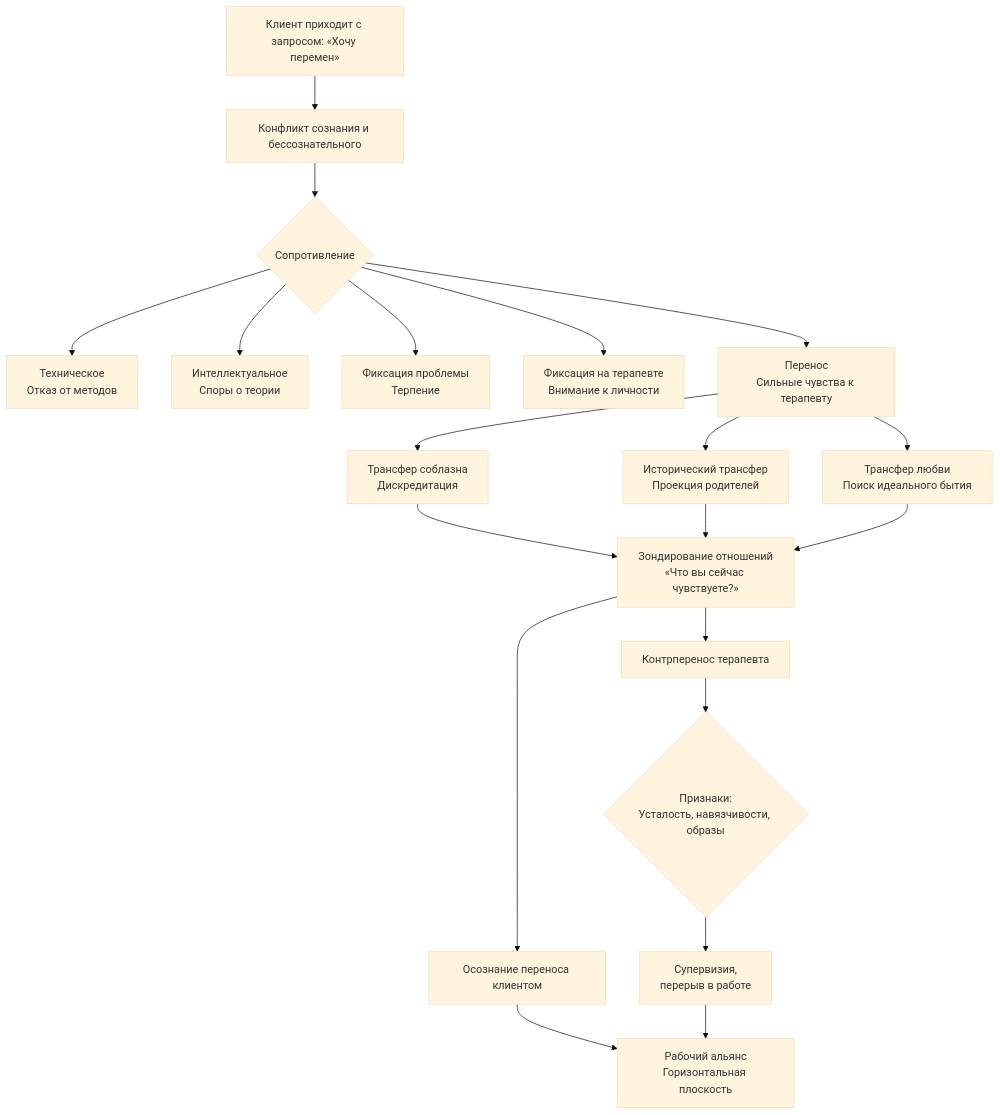
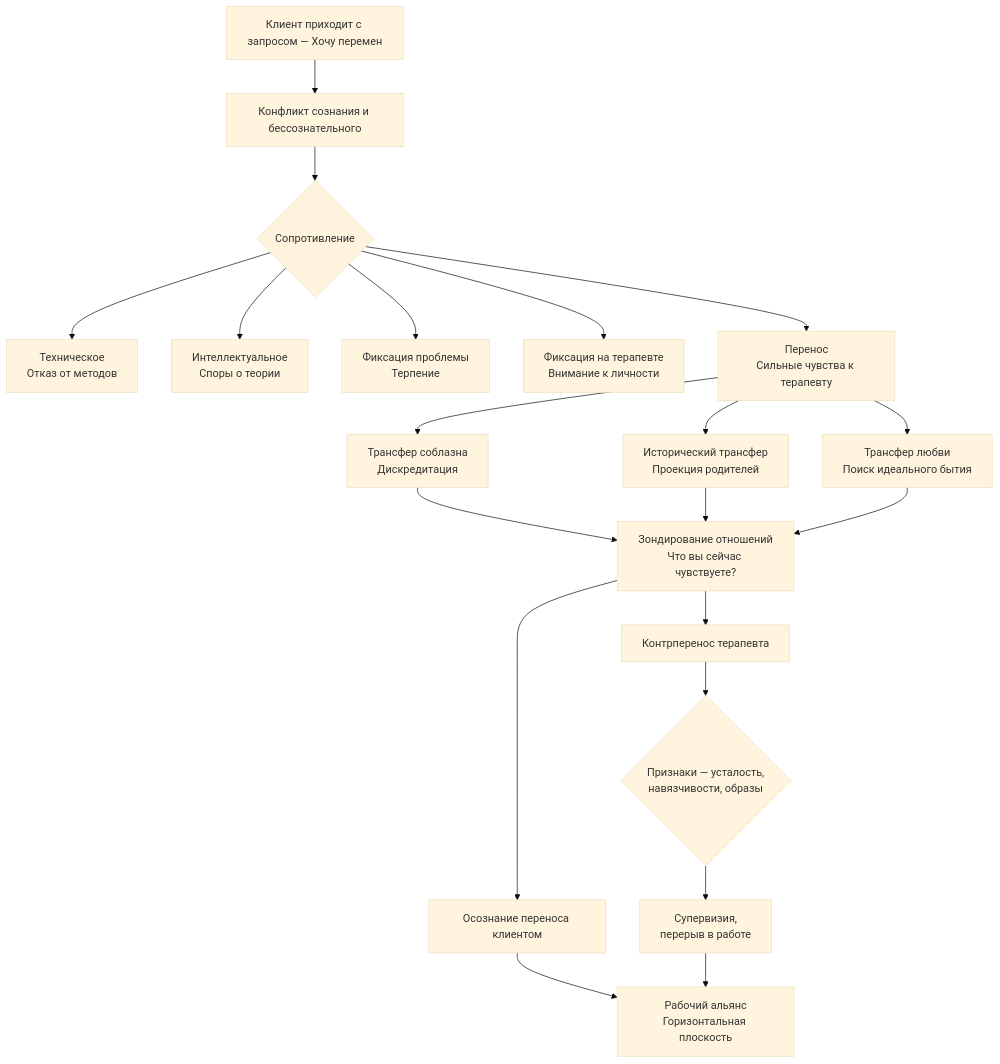
Before and after one commit to becasualle/vimutti: the diagram in content/articles/psychology/psihologicheskoe-konsultirovanie/dinamicheskie-processy-v-konsultirovanii.mdx, drawn with Mermaid (base theme). The commit also changed 6 other files, not shown here.

Commit message:
fixed mermaid issues and added zoom and pane

````diff
--- a/content/articles/psychology/psihologicheskoe-konsultirovanie/dinamicheskie-processy-v-konsultirovanii.mdx
+++ b/content/articles/psychology/psihologicheskoe-konsultirovanie/dinamicheskie-processy-v-konsultirovanii.mdx
@@ -143,24 +143,24 @@
 ```mermaid
 flowchart TD
-    A[Клиент приходит с запросом: «Хочу перемен»] --> B[Конфликт сознания и бессознательного]
+    A["Клиент приходит с запросом — Хочу перемен"] --> B["Конфликт сознания и бессознательного"]
     B --> C{Сопротивление}
 
-    C --> D[Техническое<br>Отказ от методов]
-    C --> E[Интеллектуальное<br>Споры о теории]
-    C --> F[Фиксация проблемы<br>Терпение]
-    C --> G[Фиксация на терапевте<br>Внимание к личности]
-    C --> H[Перенос<br>Сильные чувства к терапевту]
+    C --> D["Техническое<br/>Отказ от методов"]
+    C --> E["Интеллектуальное<br/>Споры о теории"]
+    C --> F["Фиксация проблемы<br/>Терпение"]
+    C --> G["Фиксация на терапевте<br/>Внимание к личности"]
+    C --> H["Перенос<br/>Сильные чувства к терапевту"]
 
-    H --> I[Трансфер соблазна<br>Дискредитация]
-    H --> J[Исторический трансфер<br>Проекция родителей]
-    H --> K[Трансфер любви<br>Поиск идеального бытия]
+    H --> I["Трансфер соблазна<br/>Дискредитация"]
+    H --> J["Исторический трансфер<br/>Проекция родителей"]
+    H --> K["Трансфер любви<br/>Поиск идеального бытия"]
 
-    I & J & K --> L[Зондирование отношений<br>«Что вы сейчас чувствуете?»]
-    L --> M[Осознание переноса клиентом]
-    M --> N[Рабочий альянс<br>Горизонтальная плоскость]
+    I & J & K --> L["Зондирование отношений<br/>Что вы сейчас чувствуете?"]
+    L --> M["Осознание переноса клиентом"]
+    M --> N["Рабочий альянс<br/>Горизонтальная плоскость"]
 
-    L --> O[Контрперенос терапевта]
-    O --> P{Признаки:<br>Усталость, навязчивости, образы}
-    P --> Q[Супервизия,<br>перерыв в работе]
+    L --> O["Контрперенос терапевта"]
+    O --> P{"Признаки — усталость,<br/>навязчивости, образы"}
+    P --> Q["Супервизия,<br/>перерыв в работе"]
     Q --> N
 ```
````
